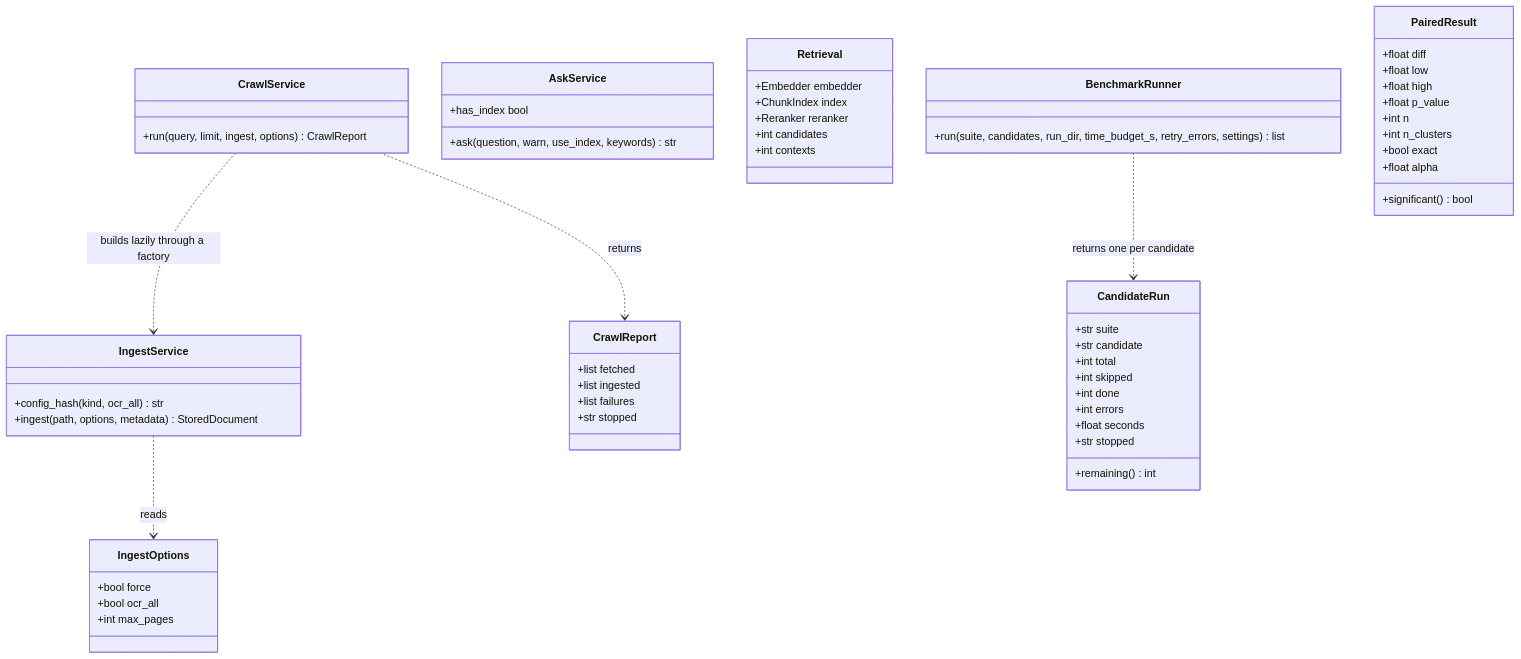
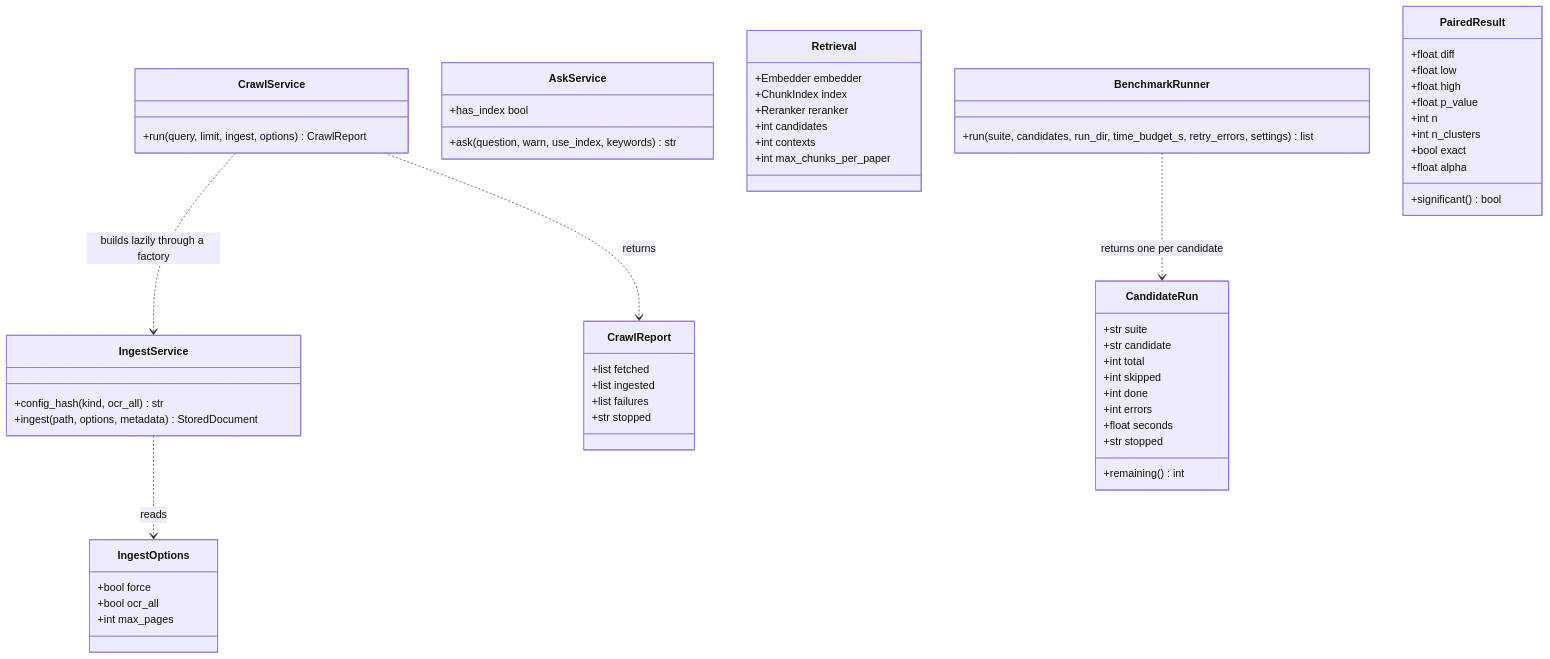
The third of 14 diagrams in packages/docingest/src/docingest/application/README.md (etxsA/doc-ingest), drawn with Mermaid before and after one commit. The commit also changed other lines of this file and 16 other files, not shown here.

First line of the commit message:
perf(ask): apply the per-paper cap after reranking

````diff
--- a/packages/docingest/src/docingest/application/README.md
+++ b/packages/docingest/src/docingest/application/README.md
@@ -110,61 +110,62 @@
 ```mermaid
 classDiagram
     class IngestOptions {
         +bool force
         +bool ocr_all
         +int max_pages
     }
     class IngestService {
         +config_hash(kind, ocr_all) str
         +ingest(path, options, metadata) StoredDocument
     }
     class CrawlReport {
         +list fetched
         +list ingested
         +list failures
         +str stopped
     }
     class CrawlService {
         +run(query, limit, ingest, options) CrawlReport
     }
     class AskService {
         +has_index bool
         +ask(question, warn, use_index, keywords) str
     }
     class Retrieval {
         +Embedder embedder
         +ChunkIndex index
         +Reranker reranker
         +int candidates
         +int contexts
+        +int max_chunks_per_paper
     }
     class CandidateRun {
         +str suite
         +str candidate
         +int total
         +int skipped
         +int done
         +int errors
         +float seconds
         +str stopped
         +remaining() int
     }
     class BenchmarkRunner {
         +run(suite, candidates, run_dir, time_budget_s, retry_errors, settings) list
     }
     class PairedResult {
         +float diff
         +float low
         +float high
         +float p_value
         +int n
         +int n_clusters
         +bool exact
         +float alpha
         +significant() bool
     }
     IngestService ..> IngestOptions : reads
     CrawlService ..> IngestService : builds lazily through a factory
     CrawlService ..> CrawlReport : returns
     BenchmarkRunner ..> CandidateRun : returns one per candidate
 ```
````
